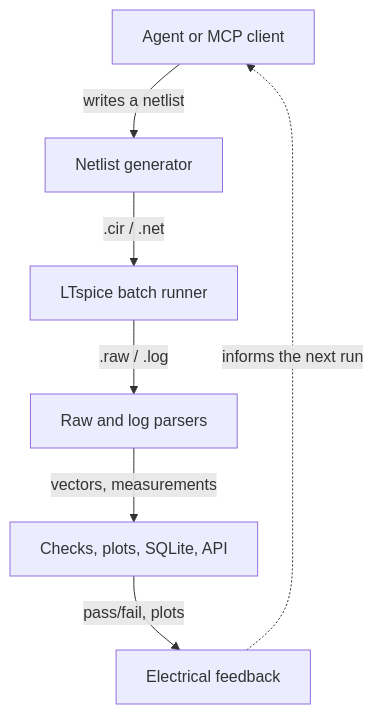
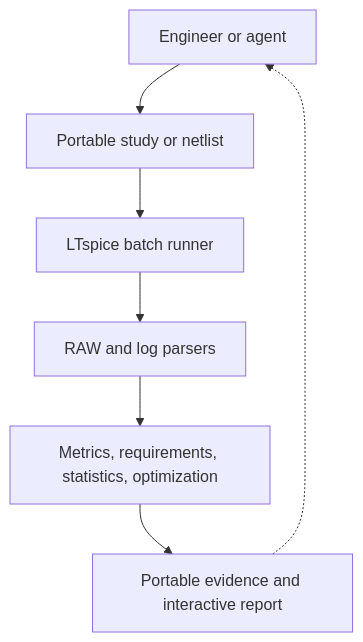
The diagram in README.md (daveyJ-sgs/LTspice-Agent-Automation), drawn with Mermaid before and after one commit. The commit also changed other lines of this file and 7 other files, not shown here.

````diff
--- a/README.md
+++ b/README.md
@@ -64,9 +54,9 @@
 ```mermaid
 flowchart TD
-    A[Agent or MCP client] -->|writes a netlist| B[Netlist generator]
-    B -->|.cir / .net| C[LTspice batch runner]
-    C -->|.raw / .log| D[Raw and log parsers]
-    D -->|vectors, measurements| E[Checks, plots, SQLite, API]
-    E -->|pass/fail, plots| F[Electrical feedback]
-    F -.->|informs the next run| A
+    A[Engineer or agent] --> B[Portable study or netlist]
+    B --> C[LTspice batch runner]
+    C --> D[RAW and log parsers]
+    D --> E[Metrics, requirements, statistics, optimization]
+    E --> F[Portable evidence and interactive report]
+    F -.-> A
 ```
````
